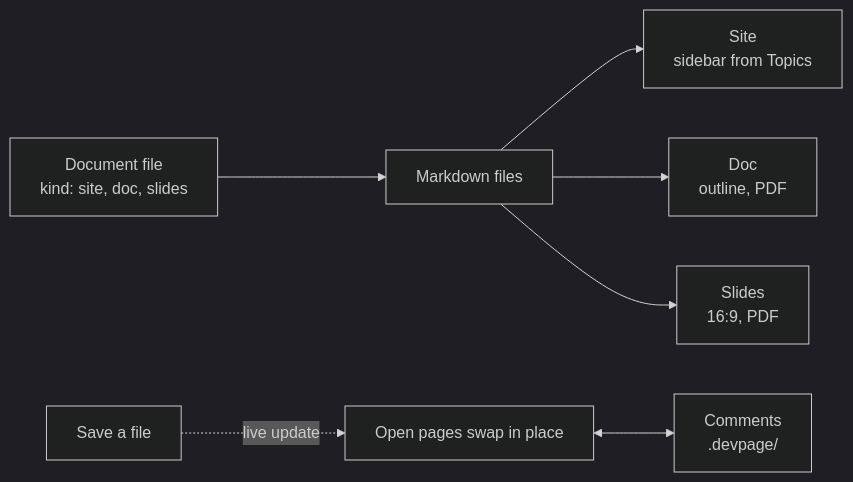
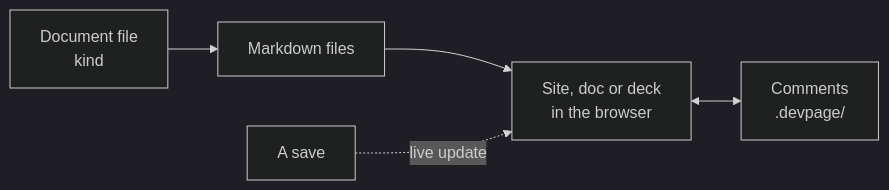
Before and after one commit to andrei512/devpage: the diagram in docs/getting-started.md, drawn with Mermaid (dark theme). The commit also changed other lines of this file and 44 other files, not shown here.

First line of the commit message:
Restructure the viewer's task pages: shorter pages, more visual

````diff
--- a/docs/getting-started.md
+++ b/docs/getting-started.md
@@ -42,15 +31,12 @@
 ```mermaid
 flowchart LR
-  yml["Document file<br/>kind: site, doc, slides"] --> pages["Markdown files"]
-  pages --> site["Site<br/>sidebar from Topics"]
-  pages --> doc["Doc<br/>outline, PDF"]
-  pages --> slides["Slides<br/>16:9, PDF"]
-  edit["Save a file"] -.->|"live update"| open["Open pages swap in place"]
-  open <--> comments["Comments<br/>.devpage/"]
+  yml["Document file<br/>kind"] --> pages["Markdown files"]
+  pages --> view["Site, doc or deck<br/>in the browser"]
+  save["A save"] -.->|"live update"| view
+  view <--> comments["Comments<br/>.devpage/"]
   click yml href "./boxes/viewer/writing-a-document/README.md#the-document-file" "The document file"
-  click site href "./boxes/viewer/making-a-site/README.md" "Making a site"
-  click doc href "./boxes/viewer/writing-a-doc/README.md" "Writing a doc"
-  click slides href "./boxes/viewer/making-slides/README.md" "Making slides"
-  click open href "./boxes/viewer/live-updates/README.md" "How open pages stay current"
+  click pages href "./boxes/viewer/writing-a-document/markdown-that-works/README.md" "Markdown that works"
+  click view href "./boxes/viewer/README.md" "The viewer"
+  click save href "./boxes/viewer/live-updates/README.md" "How open pages stay current"
   click comments href "./boxes/viewer/comments/README.md" "Comments"
 ```
````
